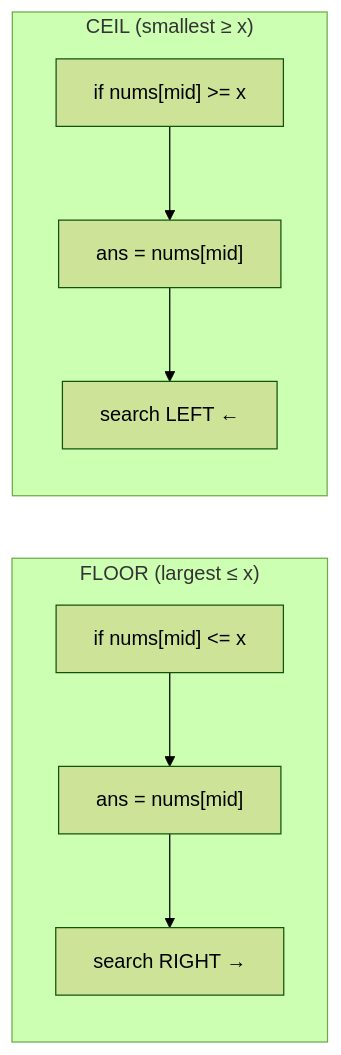
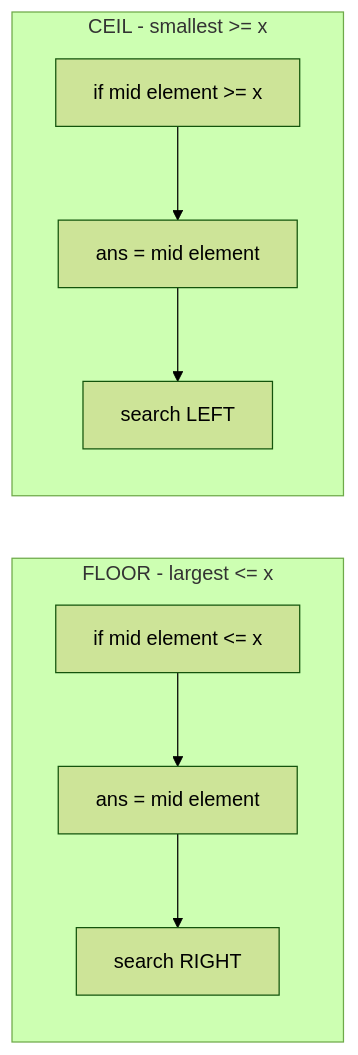
The fifth of 14 diagrams in dsa/Advanced/04-Binary search/02-logic-building/logic-building-1.md (pentoshi007/tuf), drawn with Mermaid (forest theme) before and after one commit. The commit also changed other lines of this file and 1 other file, not shown here.

First line of the commit message:
Fix Mermaid diagram syntax for GitHub compatibility

````diff
--- a/dsa/Advanced/04-Binary search/02-logic-building/logic-building-1.md
+++ b/dsa/Advanced/04-Binary search/02-logic-building/logic-building-1.md
@@ -181,16 +181,16 @@
 ```mermaid
 flowchart LR
-    subgraph Floor["FLOOR (largest ≤ x)"]
-        F1["if nums[mid] <= x"]
-        F2["ans = nums[mid]"]
-        F3["search RIGHT →"]
+    subgraph Floor["FLOOR - largest <= x"]
+        F1["if mid element <= x"]
+        F2["ans = mid element"]
+        F3["search RIGHT"]
         F1 --> F2 --> F3
     end
     
-    subgraph Ceil["CEIL (smallest ≥ x)"]
-        C1["if nums[mid] >= x"]
-        C2["ans = nums[mid]"]
-        C3["search LEFT ←"]
+    subgraph Ceil["CEIL - smallest >= x"]
+        C1["if mid element >= x"]
+        C2["ans = mid element"]
+        C3["search LEFT"]
         C1 --> C2 --> C3
     end
 ```
````
